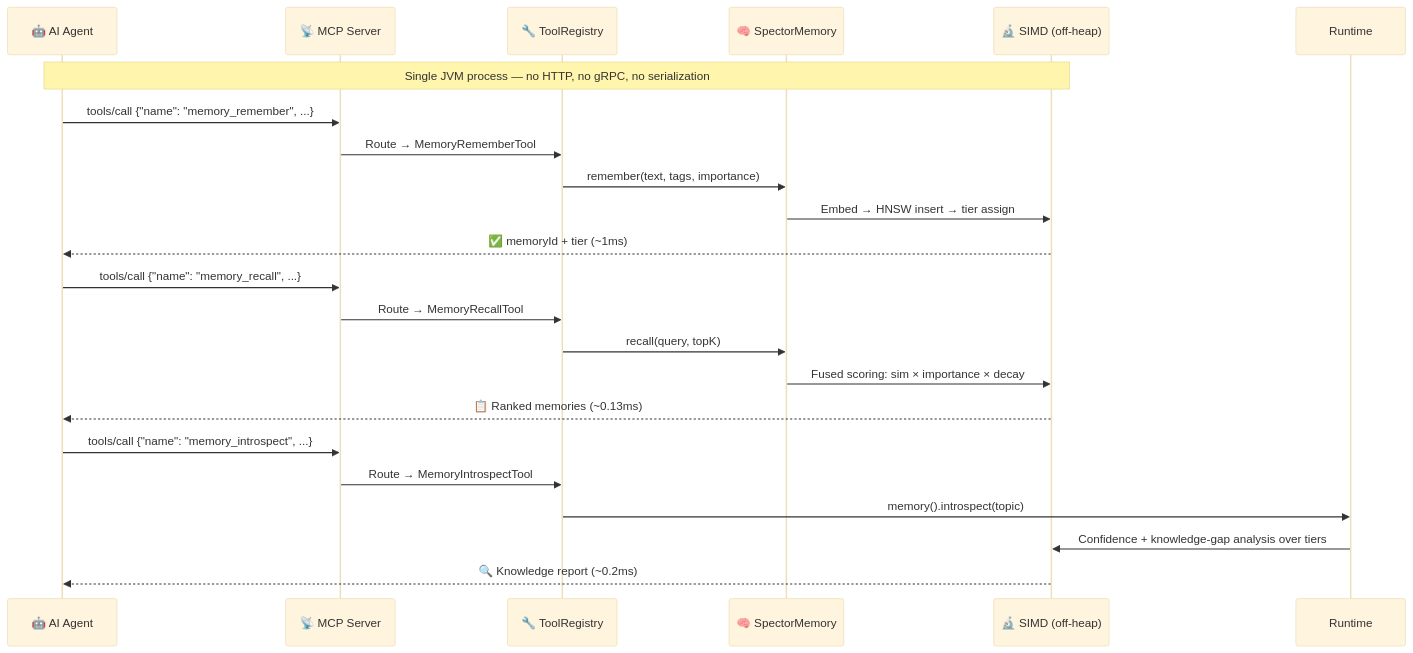
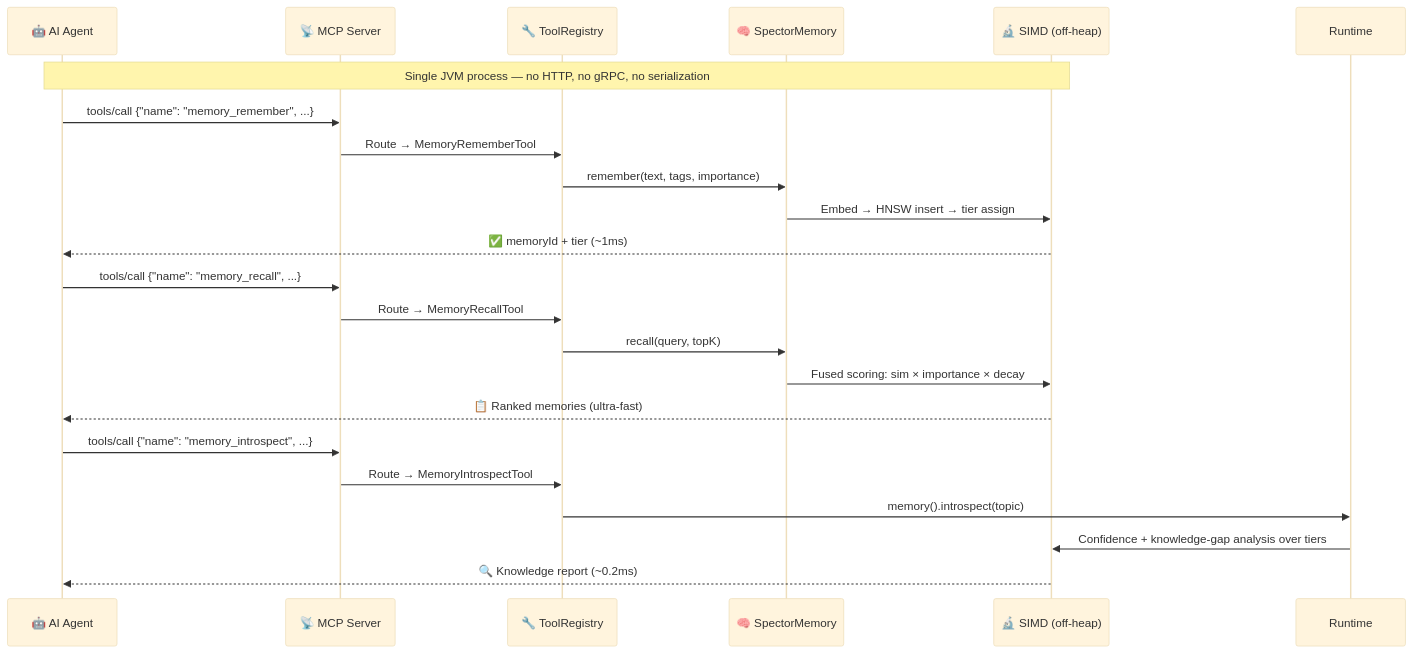
One commit to spectrayan/spector changed the fifth of 12 diagrams in docs/docs/architecture/overview.md. Above: the diagram before and after it, drawn with Mermaid (base theme). The commit also changed other lines of this file and 13 other files, not shown here.

First line of the commit message:
docs(performance): replace hardcoded 0.13ms metrics with qualitative ultra-fast descriptors

````diff
--- a/docs/docs/architecture/overview.md
+++ b/docs/docs/architecture/overview.md
@@ -216,28 +216,28 @@
 ```mermaid
 sequenceDiagram
     participant Agent as 🤖 AI Agent
     participant MCP as 📡 MCP Server
     participant Tools as 🔧 ToolRegistry
     participant Memory as 🧠 SpectorMemory
     participant SIMD as 🔬 SIMD (off-heap)
 
     Note over Agent,SIMD: Single JVM process — no HTTP, no gRPC, no serialization
 
     Agent->>MCP: tools/call {"name": "memory_remember", ...}
     MCP->>Tools: Route → MemoryRememberTool
     Tools->>Memory: remember(text, tags, importance)
     Memory->>SIMD: Embed → HNSW insert → tier assign
     SIMD-->>Agent: ✅ memoryId + tier (~1ms)
 
     Agent->>MCP: tools/call {"name": "memory_recall", ...}
     MCP->>Tools: Route → MemoryRecallTool
     Tools->>Memory: recall(query, topK)
     Memory->>SIMD: Fused scoring: sim × importance × decay
-    SIMD-->>Agent: 📋 Ranked memories (~0.13ms)
+    SIMD-->>Agent: 📋 Ranked memories (ultra-fast)
 
     Agent->>MCP: tools/call {"name": "memory_introspect", ...}
     MCP->>Tools: Route → MemoryIntrospectTool
     Tools->>Runtime: memory().introspect(topic)
     Runtime->>SIMD: Confidence + knowledge-gap analysis over tiers
     SIMD-->>Agent: 🔍 Knowledge report (~0.2ms)
 ```
````
